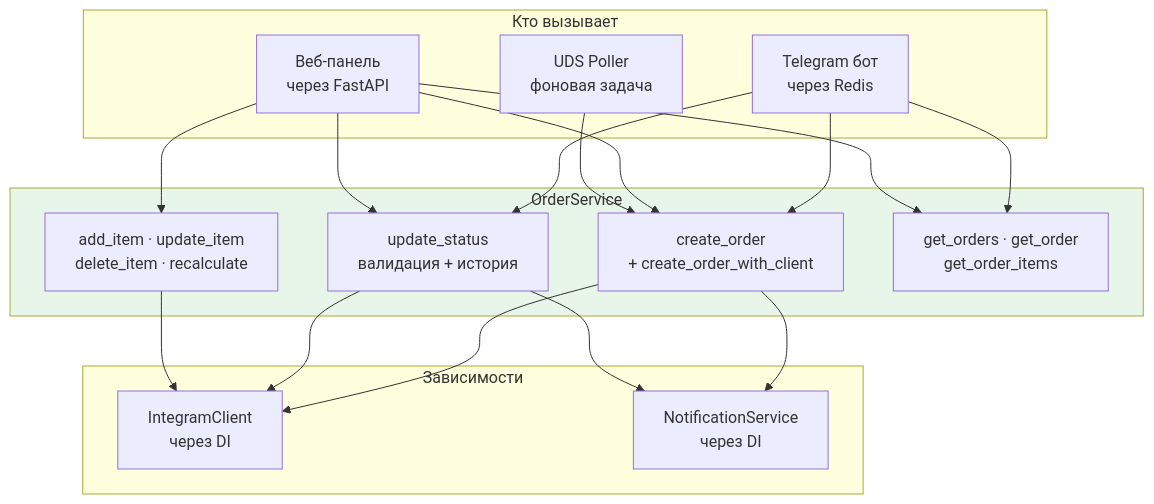
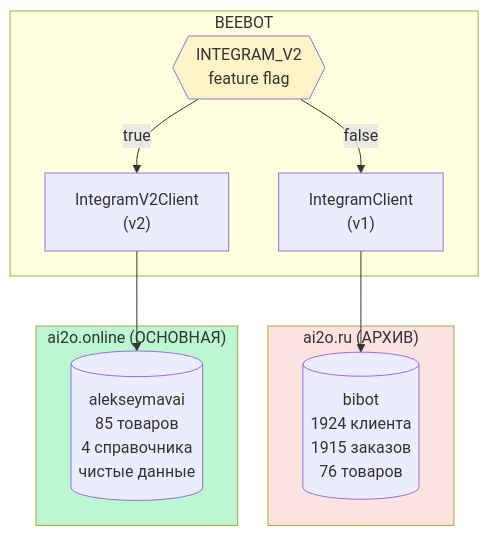
Before and after one commit to unidel2035/BEEBOT: the fifth of 10 diagrams in docs/architecture.md, drawn with Mermaid. The commit also changed other lines of this file and 4 other files, not shown here.

First line of the commit message:
docs: анализ проекта, план развития, архитектурные диаграммы (#144)

````diff
--- a/docs/architecture.md
+++ b/docs/architecture.md
@@ -194,30 +160,23 @@
 ```mermaid
 graph TB
-    subgraph CALLERS["Кто вызывает"]
-        C1[Telegram бот<br/>через Redis]
-        C2[Веб-панель<br/>через FastAPI]
-        C3[UDS Poller<br/>фоновая задача]
+    subgraph APP["BEEBOT"]
+        FF{{"INTEGRAM_V2<br/>feature flag"}}
+        V1_CL["IntegramClient<br/>(v1)"]
+        V2_CL["IntegramV2Client<br/>(v2)"]
     end
 
-    subgraph SERVICE["OrderService"]
-        CREATE[create_order<br/>+ create_order_with_client]
-        STATUS[update_status<br/>валидация + история]
-        ITEMS[add_item · update_item<br/>delete_item · recalculate]
-        READ[get_orders · get_order<br/>get_order_items]
+    subgraph V1["ai2o.ru (АРХИВ)"]
+        V1_DB[("bibot<br/>1924 клиента<br/>1915 заказов<br/>76 товаров")]
     end
 
-    subgraph DEPS["Зависимости"]
-        CRM_DEP[IntegramClient<br/>через DI]
-        NOTIFY_DEP[NotificationService<br/>через DI]
+    subgraph V2["ai2o.online (ОСНОВНАЯ)"]
+        V2_DB[("alekseymavai<br/>85 товаров<br/>4 справочника<br/>чистые данные")]
     end
 
-    C1 --> CREATE & STATUS & READ
-    C2 --> CREATE & STATUS & ITEMS & READ
-    C3 --> CREATE
+    FF -->|"true"| V2_CL --> V2_DB
+    FF -->|"false"| V1_CL --> V1_DB
 
-    CREATE --> CRM_DEP & NOTIFY_DEP
-    STATUS --> CRM_DEP & NOTIFY_DEP
-    ITEMS --> CRM_DEP
-
-    style SERVICE fill:#e8f5e9
+    style V1 fill:#fee2e2
+    style V2 fill:#bbf7d0
+    style FF fill:#fef3c7
 ```
````
